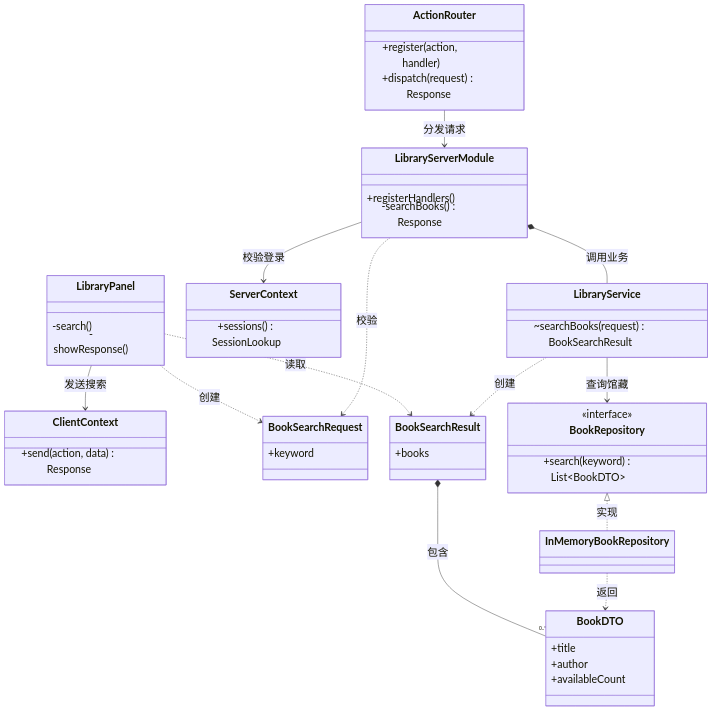
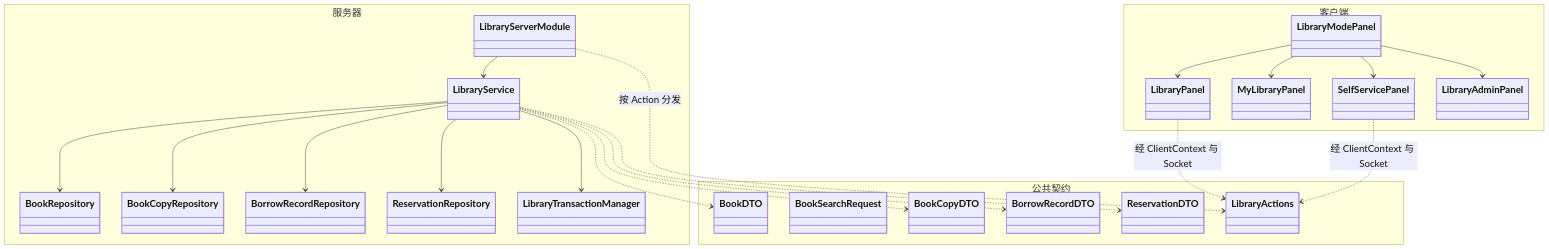
One commit to qlaxyy/JAVA-Campus-software changed the first of 7 diagrams in docs/modules/library-uml.md. Above: the diagram before and after it, drawn with Mermaid. The commit also changed other lines of this file and 4 other files, not shown here.

````diff
--- a/docs/modules/library-uml.md
+++ b/docs/modules/library-uml.md
@@ -15,67 +29,50 @@
 ```mermaid
-%%{init: {"themeVariables": {"fontSize": "24px"}}}%%
+%%{init: {"themeVariables": {"fontSize": "22px"}}}%%
 classDiagram
 direction TB
 
-class LibraryPanel {
-    -search()
-    -showResponse()
+namespace 客户端 {
+    class LibraryModePanel
+    class LibraryPanel
+    class MyLibraryPanel
+    class SelfServicePanel
+    class LibraryAdminPanel
 }
 
-class ClientContext {
-    +send(action, data) Response
+namespace 公共契约 {
+    class LibraryActions
+    class BookSearchRequest
+    class BookDTO
+    class BookCopyDTO
+    class BorrowRecordDTO
+    class ReservationDTO
 }
 
-class BookSearchRequest {
-    +keyword
+namespace 服务器 {
+    class LibraryServerModule
+    class LibraryService
+    class BookRepository
+    class BookCopyRepository
+    class BorrowRecordRepository
+    class ReservationRepository
+    class LibraryTransactionManager
 }
 
-class BookSearchResult {
-    +books
-}
-
-class BookDTO {
-    +title
-    +author
-    +availableCount
-}
-
-class ActionRouter {
-    +register(action, handler)
-    +dispatch(request) Response
-}
-
-class LibraryServerModule {
-    +registerHandlers()
-    -searchBooks() Response
-}
-
-class ServerContext {
-    +sessions() SessionLookup
-}
-
-class LibraryService {
-    ~searchBooks(request) BookSearchResult
-}
-
-class BookRepository {
-    <<interface>>
-    +search(keyword) List~BookDTO~
-}
-
-class InMemoryBookRepository
-
-LibraryPanel --> ClientContext : 发送搜索
-LibraryPanel ..> BookSearchRequest : 创建
-LibraryPanel ..> BookSearchResult : 读取
-BookSearchResult *-- "0..*" BookDTO : 包含
-
-ActionRouter --> LibraryServerModule : 分发请求
-LibraryServerModule ..> BookSearchRequest : 校验
-LibraryServerModule --> ServerContext : 校验登录
-LibraryServerModule *-- LibraryService : 调用业务
-LibraryService ..> BookSearchResult : 创建
-LibraryService --> BookRepository : 查询馆藏
-BookRepository <|.. InMemoryBookRepository : 实现
-InMemoryBookRepository ..> BookDTO : 返回
+LibraryModePanel --> LibraryPanel
+LibraryModePanel --> MyLibraryPanel
+LibraryModePanel --> SelfServicePanel
+LibraryModePanel --> LibraryAdminPanel
+LibraryPanel ..> LibraryActions : 经 ClientContext 与 Socket
+SelfServicePanel ..> LibraryActions : 经 ClientContext 与 Socket
+LibraryServerModule --> LibraryService
+LibraryServerModule ..> LibraryActions : 按 Action 分发
+LibraryService --> BookRepository
+LibraryService --> BookCopyRepository
+LibraryService --> BorrowRecordRepository
+LibraryService --> ReservationRepository
+LibraryService --> LibraryTransactionManager
+LibraryService ..> BookDTO
+LibraryService ..> BookCopyDTO
+LibraryService ..> BorrowRecordDTO
+LibraryService ..> ReservationDTO
 ```
````
